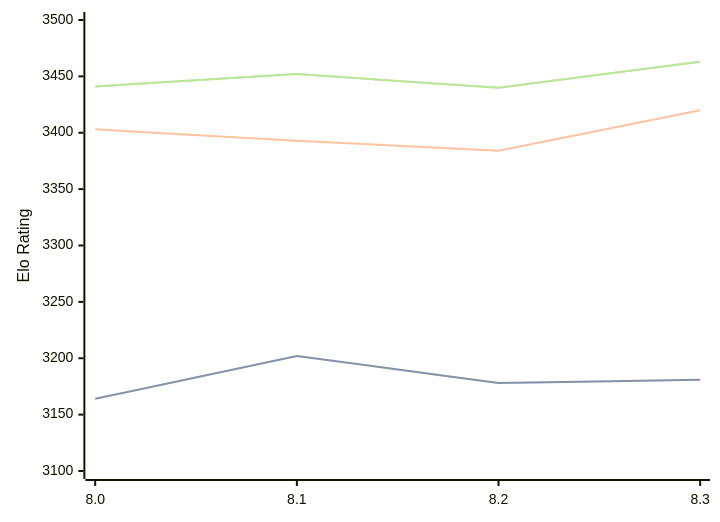
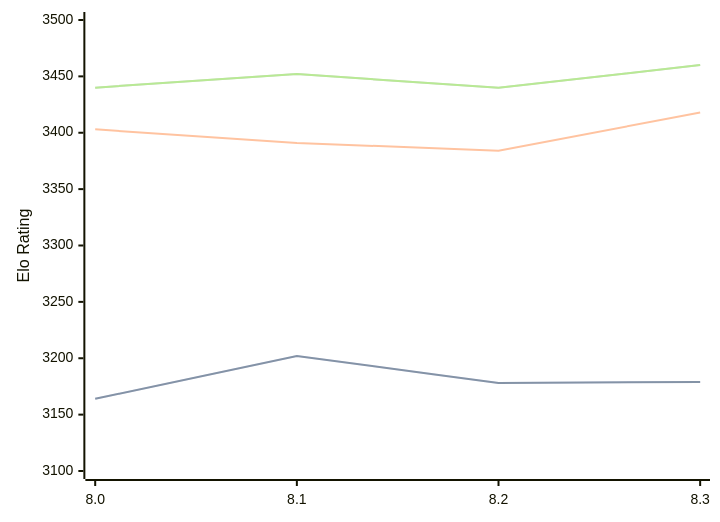
The diagram in engines/Alexander.md (computer-chess-index/cci), drawn with Mermaid before and after one commit. The commit also changed other lines of this file, not shown here.

Commit message:
Update CCI Ratings (ELO VLTC) - 2026-04-06

````diff
--- a/engines/Alexander.md
+++ b/engines/Alexander.md
@@ -48,11 +48,11 @@
 ```mermaid
 %%{init: {"theme":"base","themeVariables":{"seriesColors:['#a3a3a3','#222221','#faa371']}}}%%
 xychart-beta
   x-axis ["8.0", "8.1", "8.2", "8.3"]
   y-axis "Elo Rating" 3100 --> 3500
-  line "STC (8.0+0.08s)" [3164, 3202, 3178, 3181]
-  line "STC (8.0+0.08s)" [3164, 3202, 3178, 3181]
-  line "LTC (60.0+0.60s)" [3403, 3393, 3384, 3420]
-  line "VLTC (2m24s+1.12s)" [3441, 3452, 3440, 3463]
-  line "VLTC (2m24s+1.12s)" [3441, 3452, 3440, 3463]
+  line "STC (8.0+0.08s)" [3164, 3202, 3178, 3179]
+  line "STC (8.0+0.08s)" [3164, 3202, 3178, 3179]
+  line "LTC (60.0+0.60s)" [3403, 3391, 3384, 3418]
+  line "VLTC (2m24s+1.12s)" [3440, 3452, 3440, 3460]
+  line "VLTC (2m24s+1.12s)" [3440, 3452, 3440, 3460]
 ```
````
